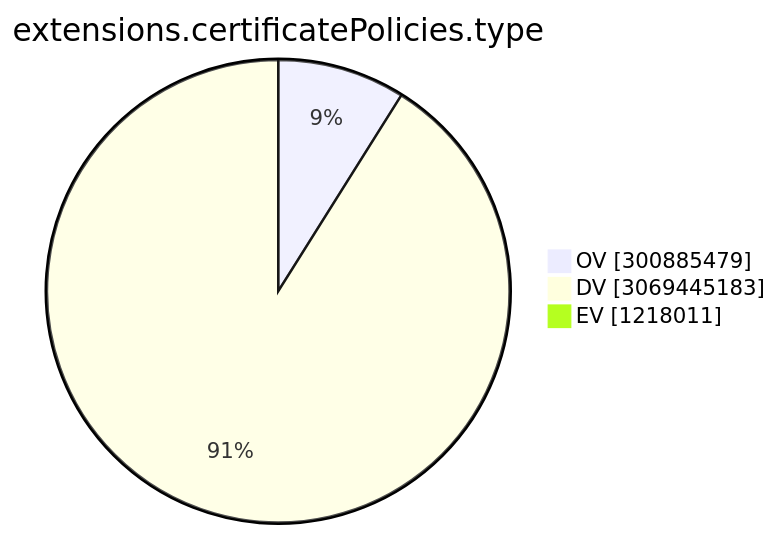
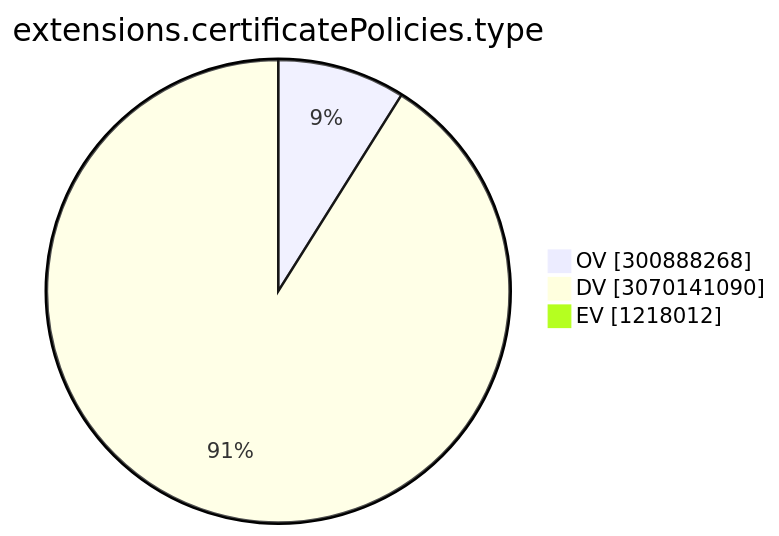
Before and after one commit to christiankrug/ctmonitor_visualization: the ninth of 15 diagrams in TOTAL/README.md, drawn with Mermaid. The commit also changed other lines of this file, not shown here.

````diff
--- a/TOTAL/README.md
+++ b/TOTAL/README.md
@@ -3102,7 +3102,7 @@
 ```mermaid
 pie showData
 title extensions.certificatePolicies.type
-"OV" :300885479
-"DV" :3069445183
-"EV" :1218011
+"OV" :300888268
+"DV" :3070141090
+"EV" :1218012
 ```
````
